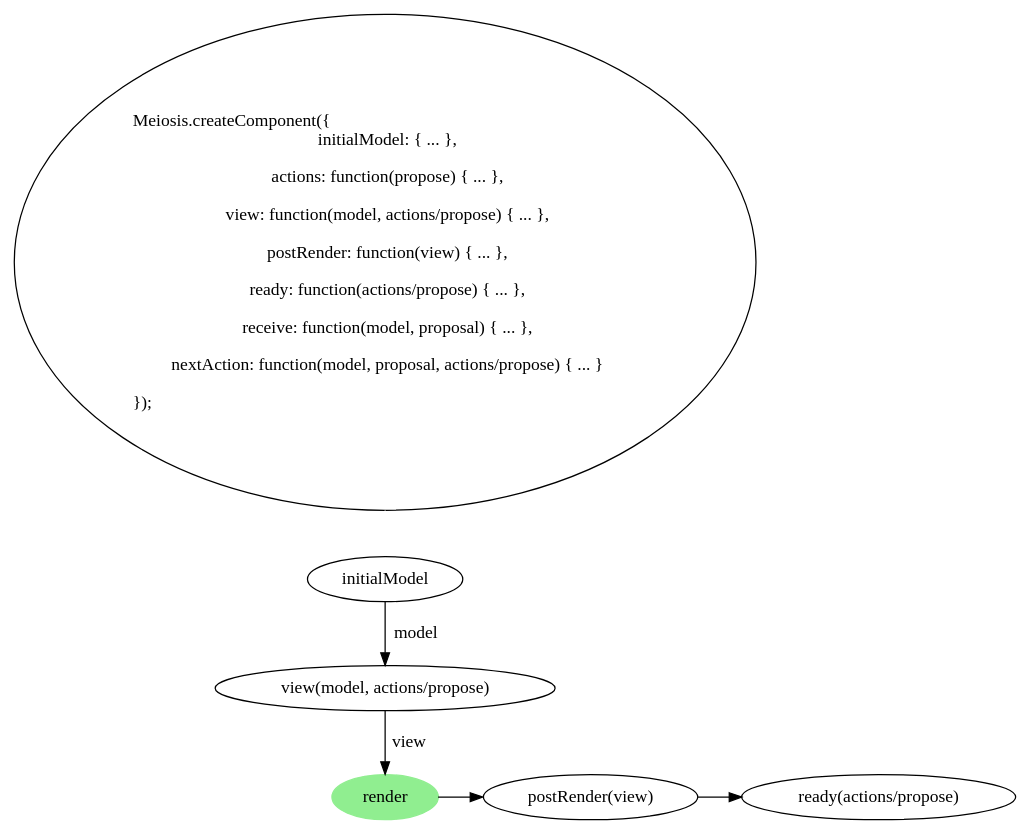
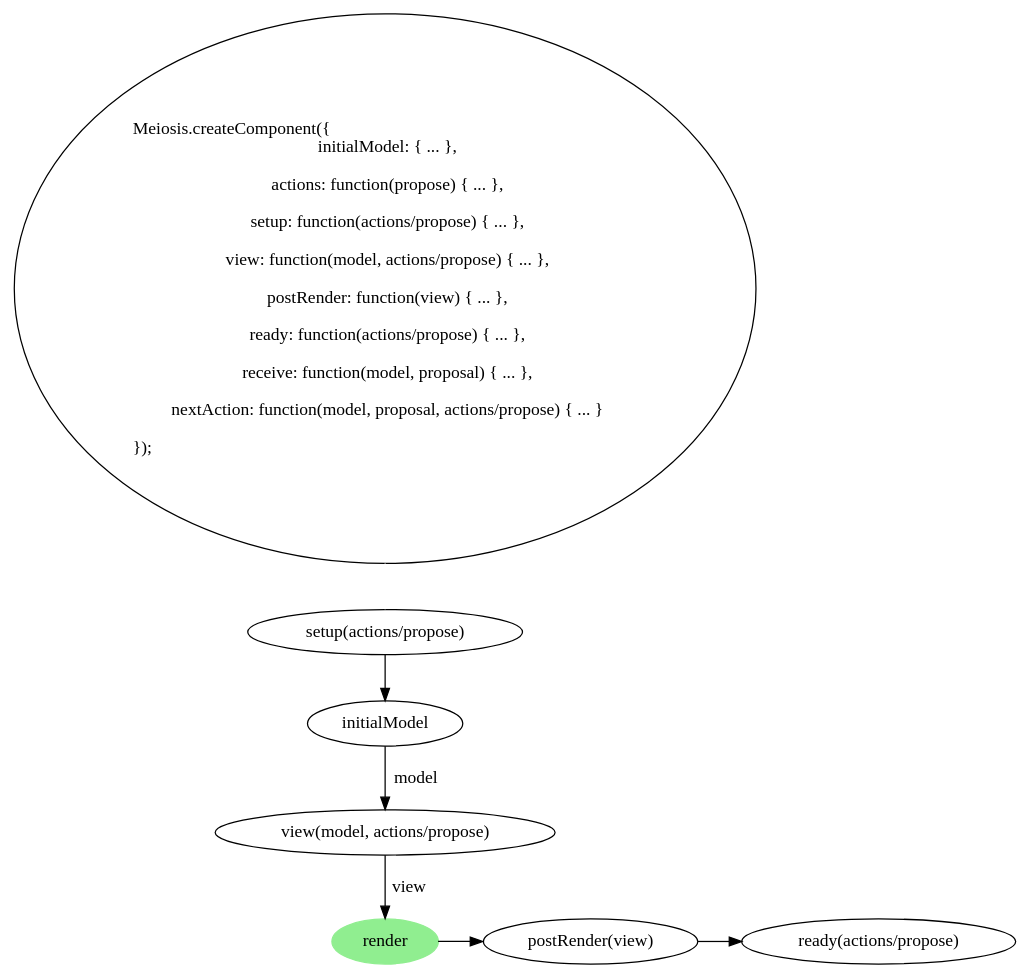
The diagram in images/meiosis_init.dot (foxdonut/meiosis-guide), drawn with Graphviz before and after one commit. The commit also changed 7 other files, not shown here.

```diff
--- a/images/meiosis_init.dot
+++ b/images/meiosis_init.dot
@@ -1,24 +1,27 @@
 digraph meiosis_init {
   createComponent [fontname=Hack, label = "\lMeiosis.createComponent(\{\l\ \ initialModel: \{ ... \},
     \l  actions: function(propose) \{ ... \},
+    \l  setup: function(actions/propose) \{ ... \},
     \l  view: function(model, actions/propose) \{ ... \},
     \l  postRender: function(view) \{ ... \},
     \l  ready: function(actions/propose) \{ ... \},
     \l  receive: function(model, proposal) \{ ... \},
     \l  nextAction: function(model, proposal, actions/propose) \{ ... \}
     \l\});\l\l"]
 
+  setup [label = "setup(actions/propose)", fontname=Hack]
   initialModel [fontname=Hack]
   view [label = "view(model, actions/propose)", fontname=Hack]
   render [style=filled, color=lightgreen]
   postRender [label = "postRender(view)", fontname=Hack]
   ready [label = "ready(actions/propose)", fontname=Hack]
 
   {rank=same; render postRender ready}
 
-  createComponent -> initialModel [arrowhead=none, arrowtail=empty, color=white]
+  createComponent -> setup [arrowhead=none, arrowtail=empty, color=white]
+  setup -> initialModel
   initialModel -> view [label = " model"]
   view -> render [label = " view"]
   render -> postRender
   postRender -> ready
 }
```
